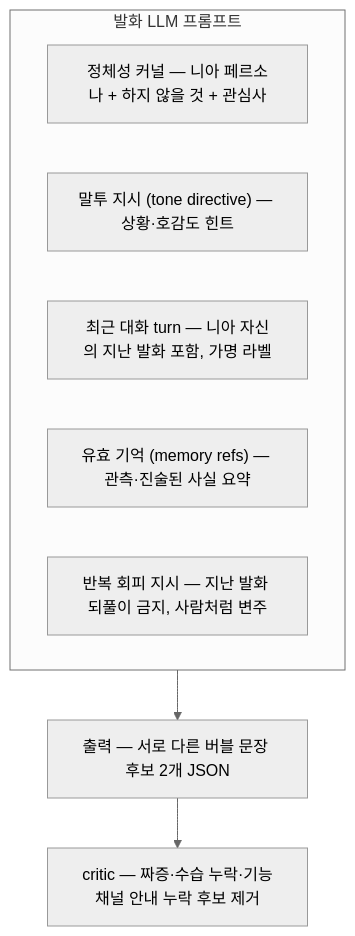
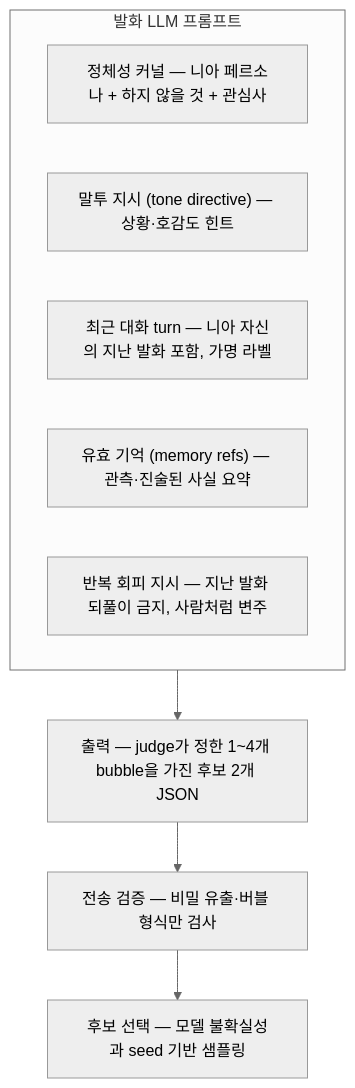
One commit to Hyeonjun0527/discord-ai-network-bot changed the third of 5 diagrams in docs/nexa/NIA_PIPELINE.md. Above: the diagram before and after it, drawn with Mermaid (neutral theme). The commit also changed other lines of this file and 42 other files, not shown here.

````diff
--- a/docs/nexa/NIA_PIPELINE.md
+++ b/docs/nexa/NIA_PIPELINE.md
@@ -60,12 +62,13 @@
 ```mermaid
 flowchart TD
     subgraph SIN["발화 LLM 프롬프트"]
         P["정체성 커널 — 니아 페르소나 + 하지 않을 것 + 관심사"]
         T["말투 지시 (tone directive) — 상황·호감도 힌트"]
         Q["최근 대화 turn — 니아 자신의 지난 발화 포함, 가명 라벨"]
         R2["유효 기억 (memory refs) — 관측·진술된 사실 요약"]
         RULE["반복 회피 지시 — 지난 발화 되풀이 금지, 사람처럼 변주"]
     end
-    SIN --> GEN["출력 — 서로 다른 버블 문장 후보 2개 JSON"]
-    GEN --> CRITIC["critic — 짜증·수습 누락·기능채널 안내 누락 후보 제거"]
+    SIN --> GEN["출력 — judge가 정한 1~4개 bubble을 가진 후보 2개 JSON"]
+    GEN --> CHECK["전송 검증 — 비밀 유출·버블 형식만 검사"]
+    CHECK --> PICK["후보 선택 — 모델 불확실성과 seed 기반 샘플링"]
 ```
````
